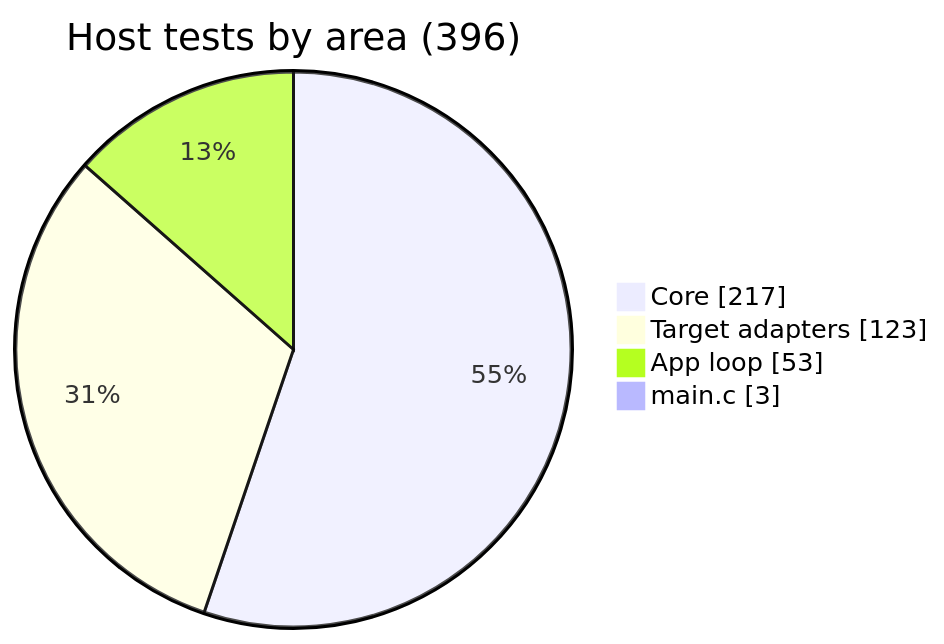
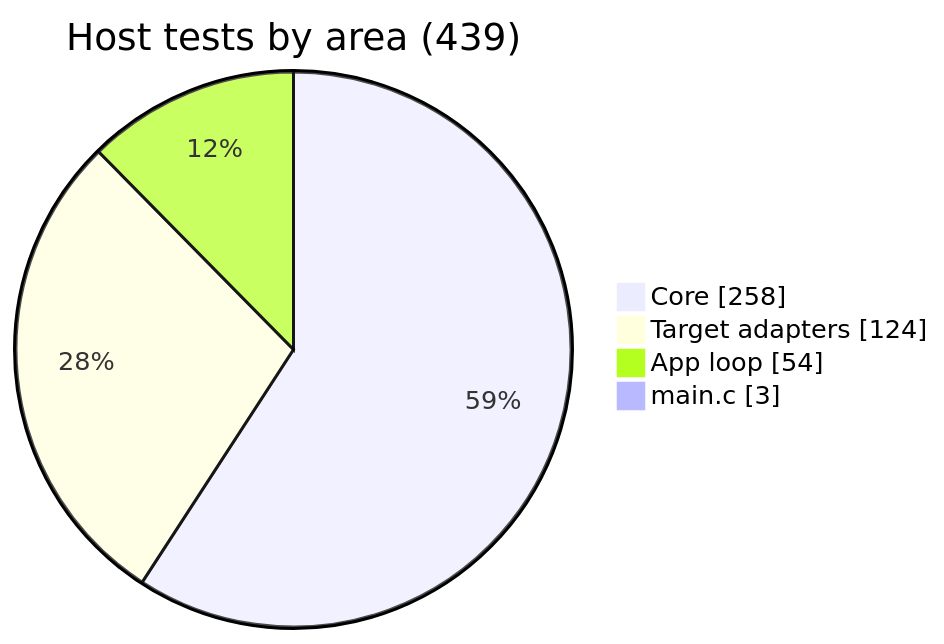
One commit to BonelessPig/nano_sequencer changed diagram 24 of 27 in docs/ARCHITECTURE.md. Above: the diagram before and after it, drawn with Mermaid. The commit also changed other lines of this file and 44 other files, not shown here.

````diff
--- a/docs/ARCHITECTURE.md
+++ b/docs/ARCHITECTURE.md
@@ -1038,8 +1097,8 @@
 ```mermaid
 pie showData
-    title Host tests by area (396)
-    "Core" : 217
-    "Target adapters" : 123
-    "App loop" : 53
+    title Host tests by area (439)
+    "Core" : 258
+    "Target adapters" : 124
+    "App loop" : 54
     "main.c" : 3
 ```
````
